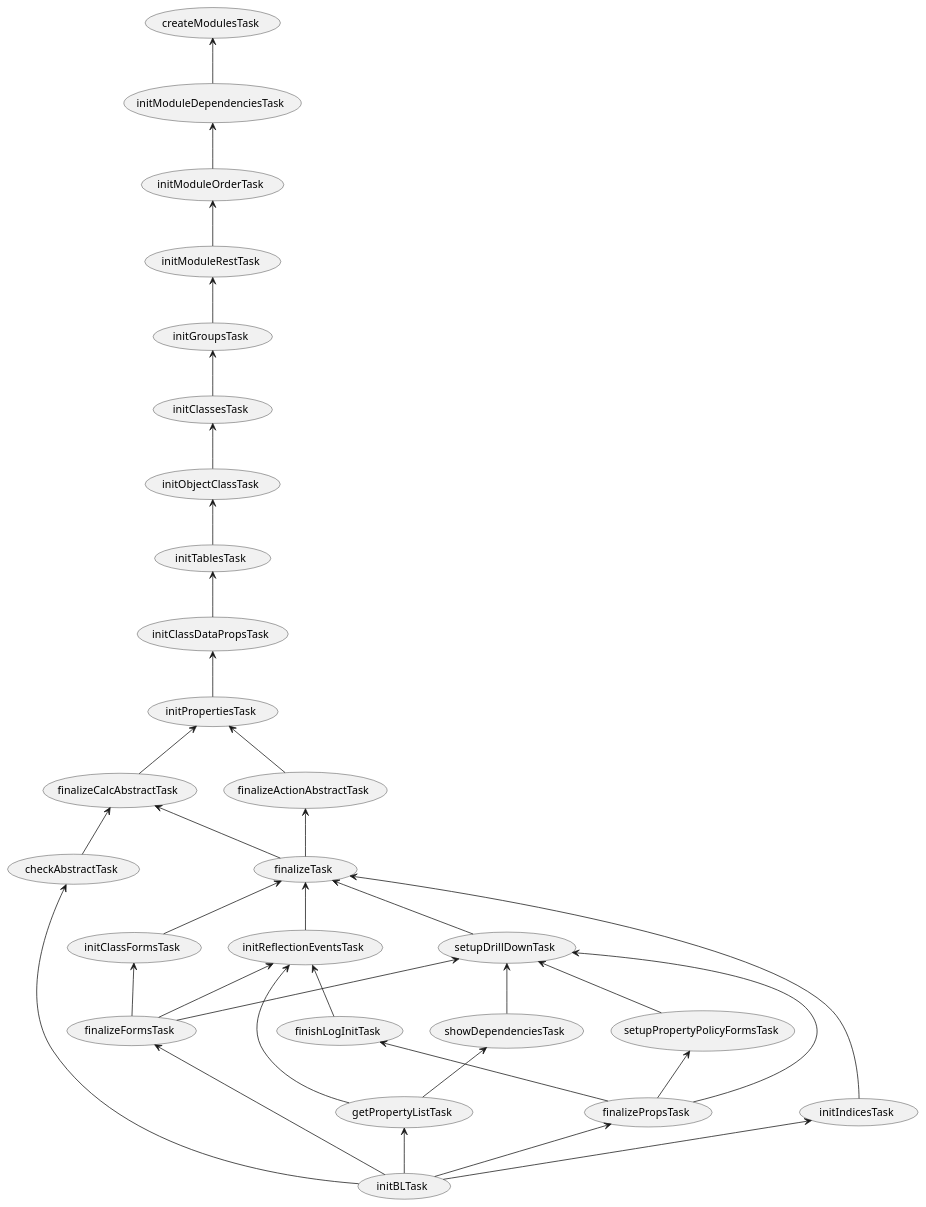
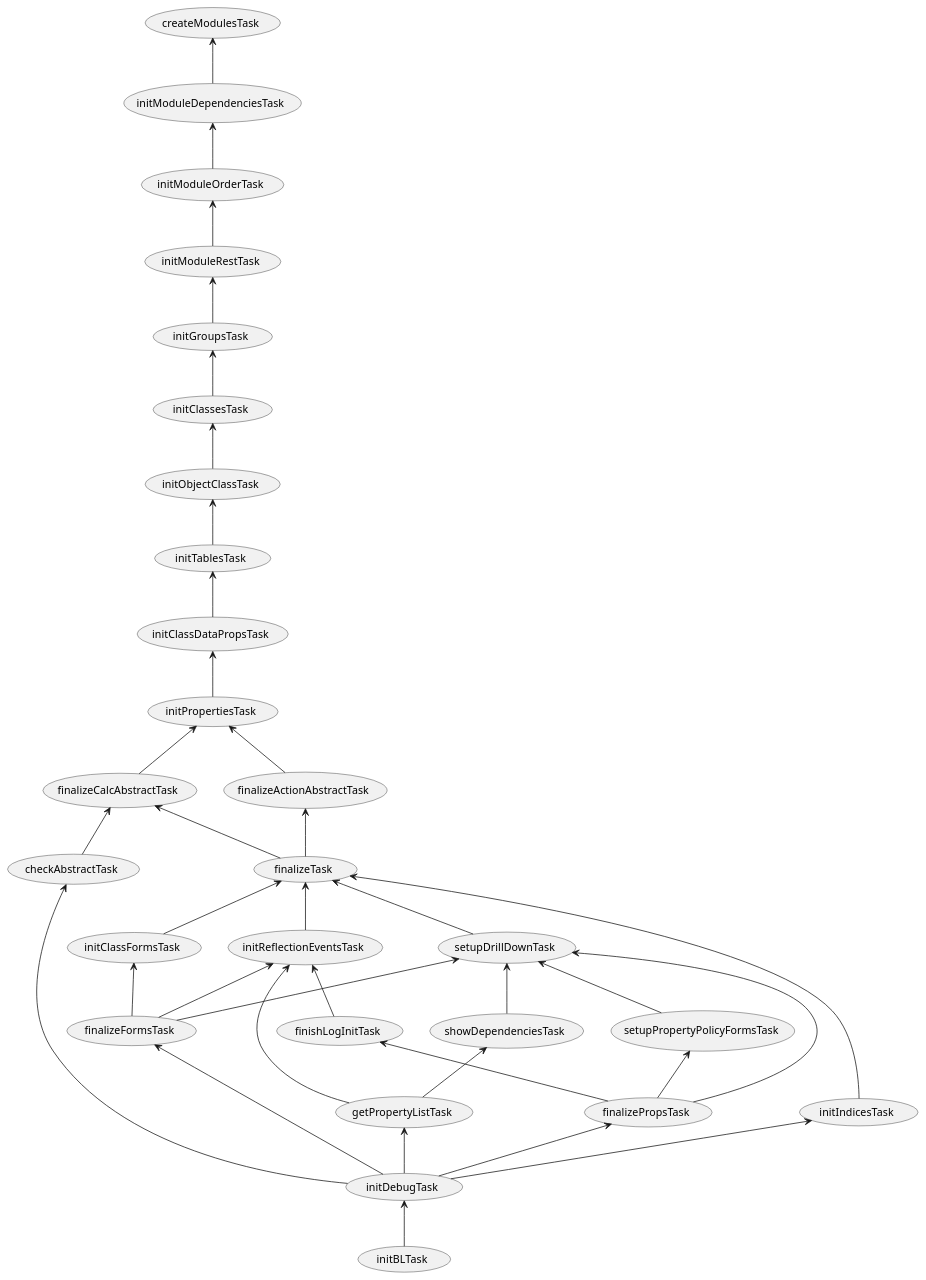
Before and after one commit to lsfusion/platform: the diagram in server/src/main/resources/settings/common-bl-settings-task-graph.puml, drawn with PlantUML. The commit also changed 14 other files, not shown here.

```diff
--- a/server/src/main/resources/settings/common-bl-settings-task-graph.puml
+++ b/server/src/main/resources/settings/common-bl-settings-task-graph.puml
@@ -5,38 +5,39 @@
 @startuml
 
 (createModulesTask) <-- (initModuleDependenciesTask)
 (initModuleDependenciesTask) <-- (initModuleOrderTask)
 (initModuleOrderTask) <-- (initModuleRestTask)
 (initModuleRestTask) <-- (initGroupsTask)
 (initGroupsTask) <-- (initClassesTask)
 (initClassesTask) <-- (initObjectClassTask)
 (initObjectClassTask) <-- (initTablesTask)
 (initTablesTask) <-- (initClassDataPropsTask)
 (initClassDataPropsTask) <-- (initPropertiesTask)
 (initPropertiesTask) <-- (finalizeCalcAbstractTask)
 (initPropertiesTask) <-- (finalizeActionAbstractTask)
 (finalizeCalcAbstractTask) <-- (checkAbstractTask)
 (finalizeCalcAbstractTask) <-- (finalizeTask)
 (finalizeActionAbstractTask) <-- (finalizeTask)
 (finalizeTask) <-- (initReflectionEventsTask)
 (initReflectionEventsTask) <-- (finishLogInitTask)
 (setupDrillDownTask) <-- (setupPropertyPolicyFormsTask)
 (finalizeTask) <-- (setupDrillDownTask)
 (setupDrillDownTask) <-- (showDependenciesTask)
 (initReflectionEventsTask) <-- (getPropertyListTask)
 (showDependenciesTask) <-- (getPropertyListTask)
 (setupDrillDownTask) <-- (finalizePropsTask)
 (finishLogInitTask) <-- (finalizePropsTask)
 (setupPropertyPolicyFormsTask) <-- (finalizePropsTask)
 (finalizeTask) <-- (initClassFormsTask)
 (finalizeTask) <-- (initIndicesTask)
 (initClassFormsTask) <-- (finalizeFormsTask)
 (setupDrillDownTask) <-- (finalizeFormsTask)
 (initReflectionEventsTask) <-- (finalizeFormsTask)
-(checkAbstractTask) <-- (initBLTask)
-(getPropertyListTask) <-- (initBLTask)
-(finalizePropsTask) <-- (initBLTask)
-(initIndicesTask) <-- (initBLTask)
-(finalizeFormsTask) <-- (initBLTask)
+(checkAbstractTask) <-- (initDebugTask)
+(getPropertyListTask) <-- (initDebugTask)
+(finalizePropsTask) <-- (initDebugTask)
+(initIndicesTask) <-- (initDebugTask)
+(finalizeFormsTask) <-- (initDebugTask)
+(initDebugTask) <-- (initBLTask)
 
 @enduml
```
